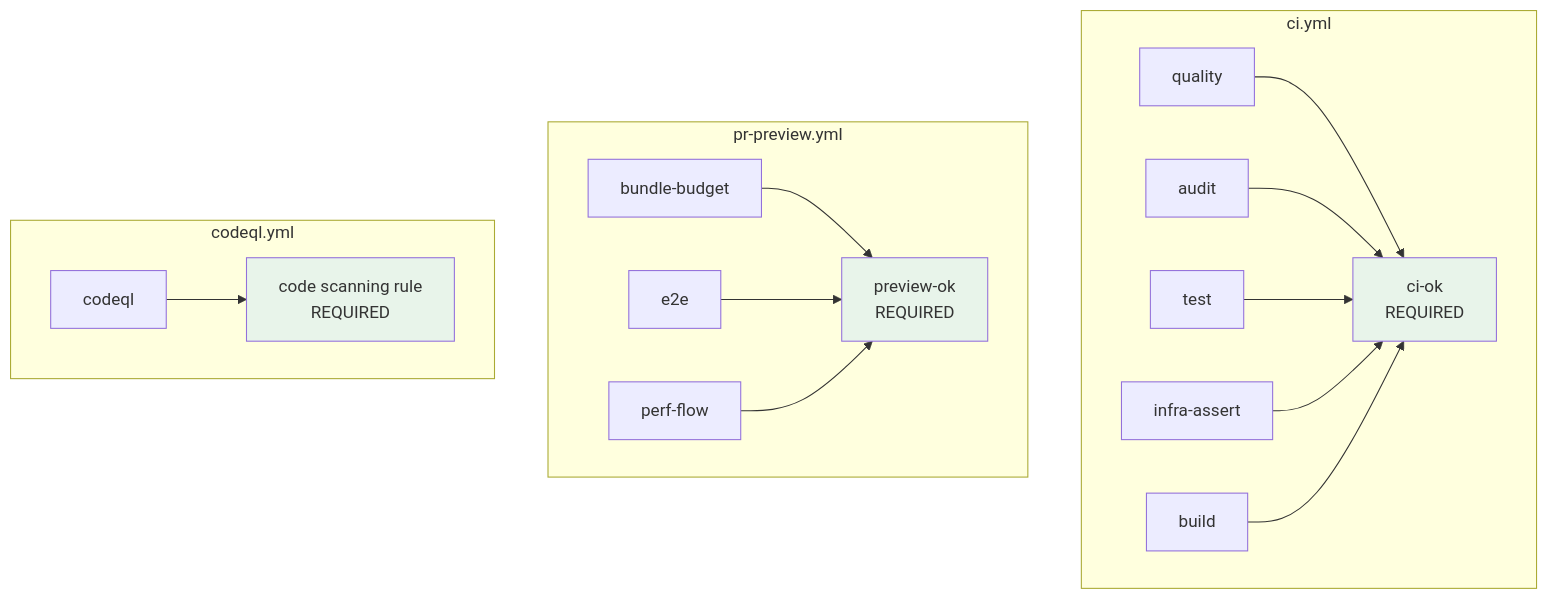
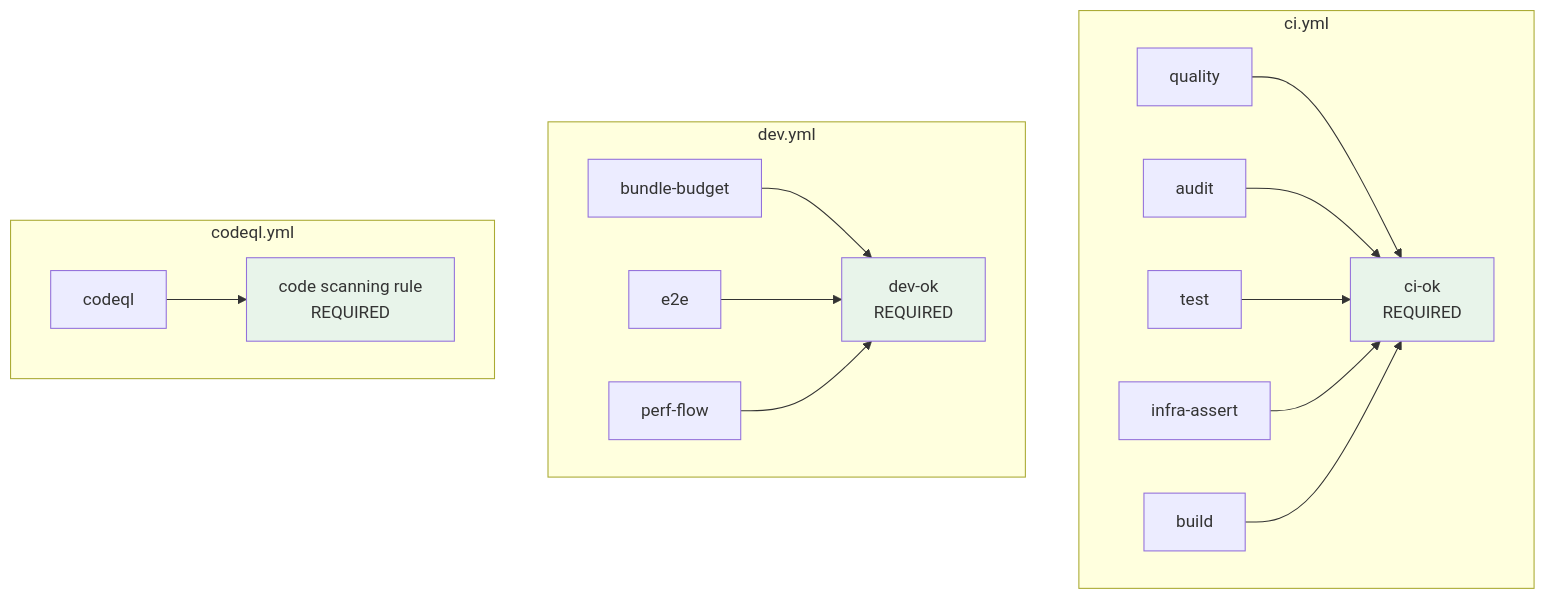
One commit to poszetkristof/zamphora changed diagram 12 of 12 in docs/learn/aws-and-the-pipeline.md. Above: the diagram before and after it, drawn with Mermaid. The commit also changed other lines of this file and 52 other files, not shown here.

````diff
--- a/docs/learn/aws-and-the-pipeline.md
+++ b/docs/learn/aws-and-the-pipeline.md
@@ -1147,24 +1146,24 @@
 ```mermaid
 flowchart TD
     subgraph CI ["ci.yml"]
         Q["quality"] --> OK
         A["audit"] --> OK
         T["test"] --> OK
         I["infra-assert"] --> OK
         B["build"] --> OK
         OK["ci-ok<br/>REQUIRED"]
     end
-    subgraph PR ["pr-preview.yml"]
+    subgraph PR ["dev.yml"]
         BB["bundle-budget"] --> POK
         E["e2e"] --> POK
         P["perf-flow"] --> POK
-        POK["preview-ok<br/>REQUIRED"]
+        POK["dev-ok<br/>REQUIRED"]
     end
     subgraph CQ ["codeql.yml"]
         C["codeql"] --> CR["code scanning rule<br/>REQUIRED"]
     end
 
     style OK fill:#e8f4ea
     style POK fill:#e8f4ea
     style CR fill:#e8f4ea
 ```
````
